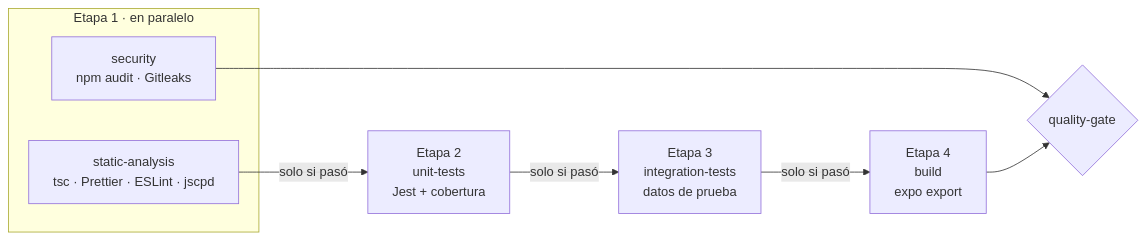
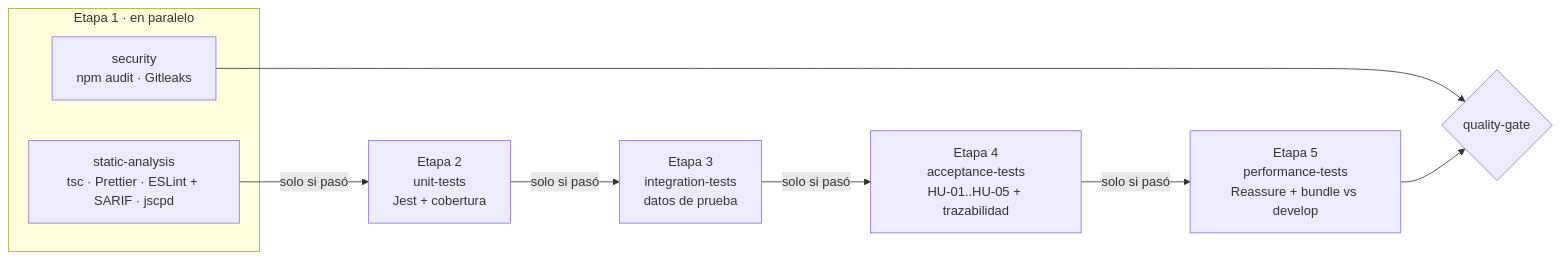
Before and after one commit to IJ-Studio/restaurant-management-mobile: the diagram in docs/ci-cd.md, drawn with Mermaid. The commit also changed other lines of this file and 11 other files, not shown here.

````diff
--- a/docs/ci-cd.md
+++ b/docs/ci-cd.md
@@ -19,12 +19,13 @@
 ```mermaid
 flowchart LR
     subgraph E1[Etapa 1 · en paralelo]
-      SA[static-analysis<br/>tsc · Prettier · ESLint · jscpd]
+      SA[static-analysis<br/>tsc · Prettier · ESLint + SARIF · jscpd]
       SEC[security<br/>npm audit · Gitleaks]
     end
     SA -->|solo si pasó| UT[Etapa 2<br/>unit-tests<br/>Jest + cobertura]
     UT -->|solo si pasó| IT[Etapa 3<br/>integration-tests<br/>datos de prueba]
-    IT -->|solo si pasó| B[Etapa 4<br/>build<br/>expo export]
+    IT -->|solo si pasó| AT[Etapa 4<br/>acceptance-tests<br/>HU-01..HU-05 + trazabilidad]
+    AT -->|solo si pasó| PT[Etapa 5<br/>performance-tests<br/>Reassure + bundle vs develop]
     SEC --> QG{quality-gate}
-    B --> QG
+    PT --> QG
 ```
````
